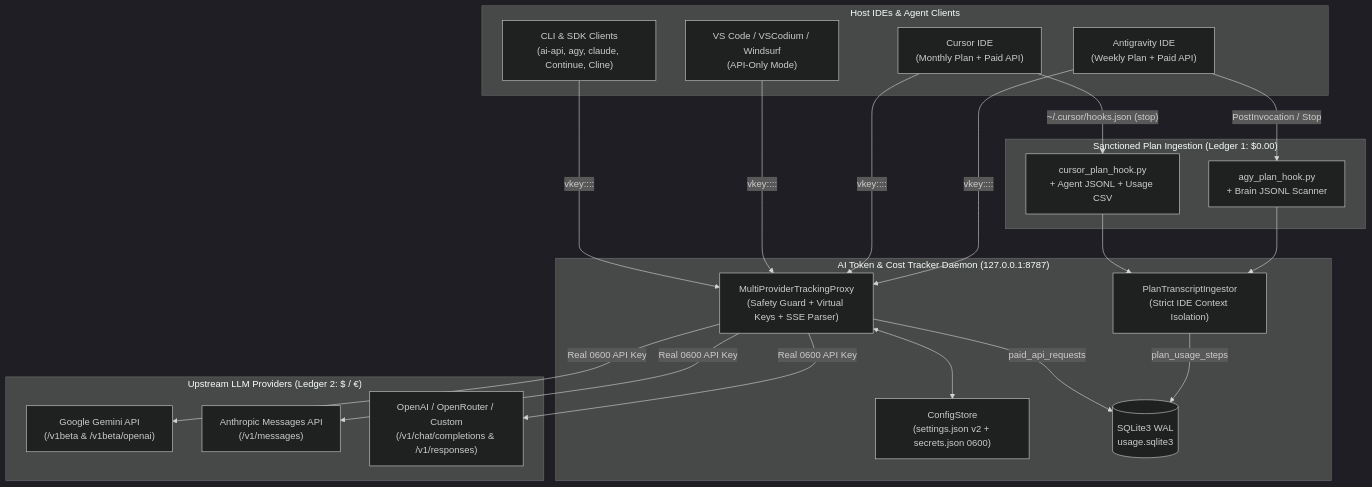
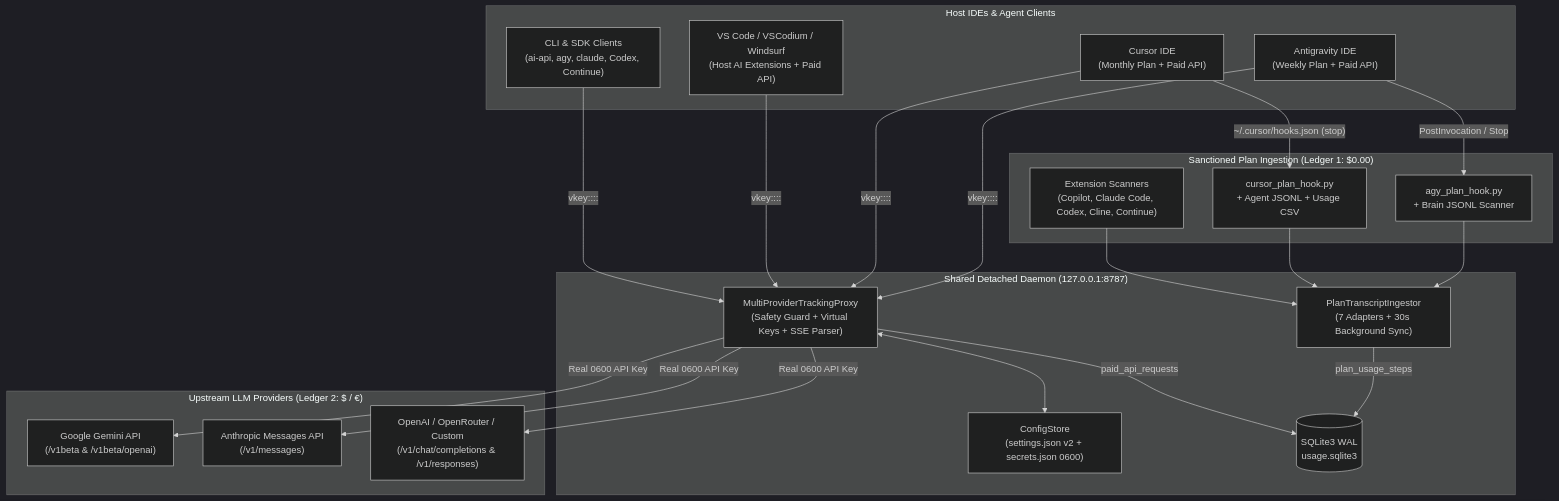
One commit to Vladyslav-Vitko/ai-token-tracker changed the diagram in README.md. Above: the diagram before and after it, drawn with Mermaid (dark theme). The commit also changed other lines of this file and 2 other files, not shown here.

````diff
--- a/README.md
+++ b/README.md
@@ -74,38 +74,38 @@
 ```mermaid
 flowchart TB
     subgraph IDEs["Host IDEs & Agent Clients"]
         AGY["Antigravity IDE\n(Weekly Plan + Paid API)"]
         CUR["Cursor IDE\n(Monthly Plan + Paid API)"]
-        VSC["VS Code / VSCodium / Windsurf\n(API-Only Mode)"]
-        CLI["CLI & SDK Clients\n(ai-api, agy, claude, Continue, Cline)"]
+        VSC["VS Code / VSCodium / Windsurf\n(Host AI Extensions + Paid API)"]
+        CLI["CLI & SDK Clients\n(ai-api, agy, claude, Codex, Continue)"]
     end
 
     subgraph Hooks["Sanctioned Plan Ingestion (Ledger 1: $0.00)"]
         AGY_H["agy_plan_hook.py\n+ Brain JSONL Scanner"]
         CUR_H["cursor_plan_hook.py\n+ Agent JSONL + Usage CSV"]
+        EXT_H["Extension Scanners\n(Copilot, Claude Code, Codex, Cline, Continue)"]
     end
 
-    subgraph Daemon["AI Token & Cost Tracker Daemon (127.0.0.1:8787)"]
-        ING["PlanTranscriptIngestor\n(Strict IDE Context Isolation)"]
+    subgraph Daemon["Shared Detached Daemon (127.0.0.1:8787)"]
+        ING["PlanTranscriptIngestor\n(7 Adapters + 30s Background Sync)"]
         PRX["MultiProviderTrackingProxy\n(Safety Guard + Virtual Keys + SSE Parser)"]
         CFG["ConfigStore\n(settings.json v2 + secrets.json 0600)"]
         DB[("SQLite3 WAL\nusage.sqlite3")]
     end
 
     subgraph Upstreams["Upstream LLM Providers (Ledger 2: $ / €)"]
         GEM["Google Gemini API\n(/v1beta & /v1beta/openai)"]
         ANT["Anthropic Messages API\n(/v1/messages)"]
         OAI["OpenAI / OpenRouter / Custom\n(/v1/chat/completions & /v1/responses)"]
     end
 
     AGY -->|"PostInvocation / Stop"| AGY_H
     CUR -->|"~/.cursor/hooks.json (stop)"| CUR_H
-    AGY_H --> ING
-    CUR_H --> ING
+    AGY_H & CUR_H & EXT_H --> ING
     ING -->|"plan_usage_steps"| DB
 
     AGY & CUR & VSC & CLI -->|"vkey::<project>::<token>"| PRX
     PRX <--> CFG
     PRX -->|"paid_api_requests"| DB
     PRX -->|"Real 0600 API Key"| GEM & ANT & OAI
 ```
````
